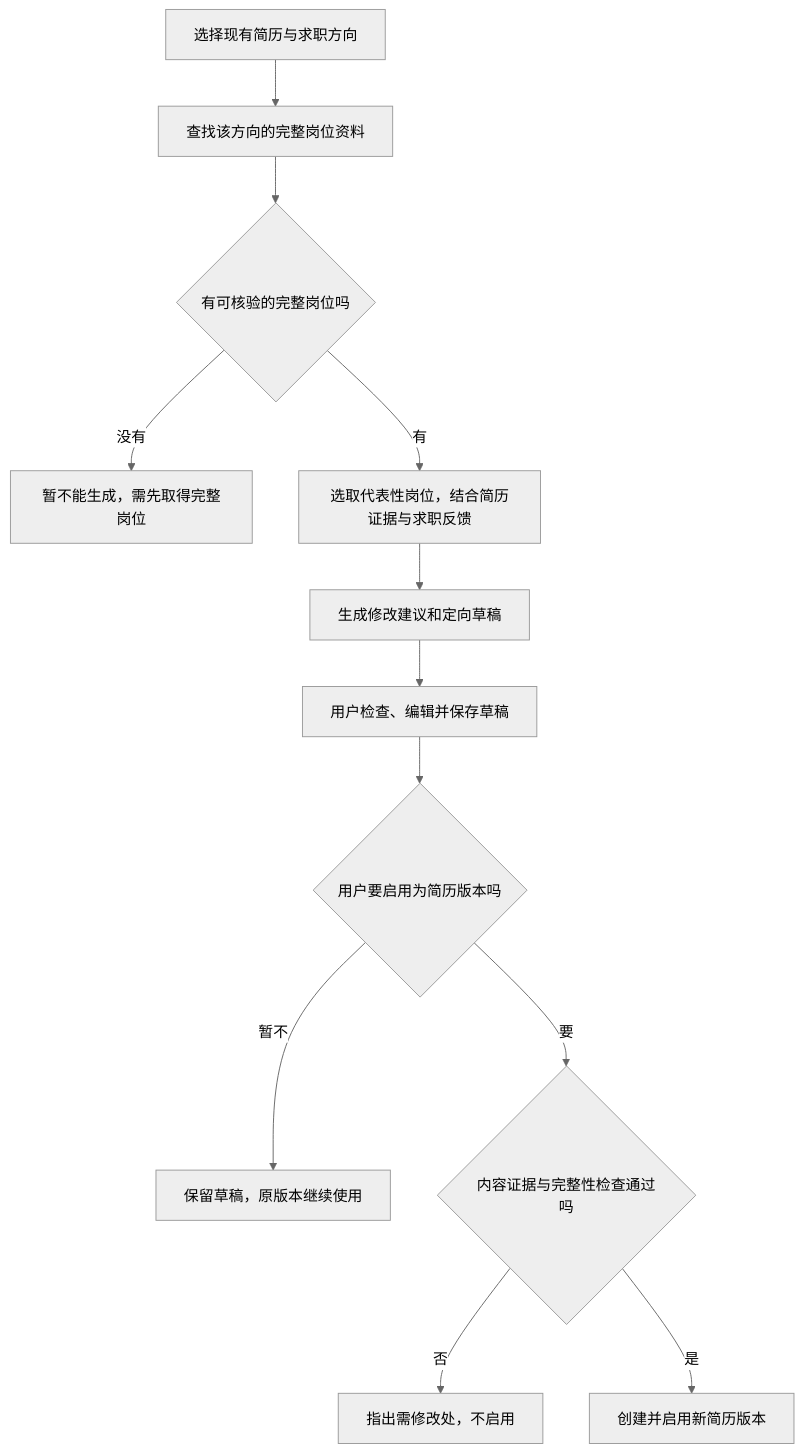
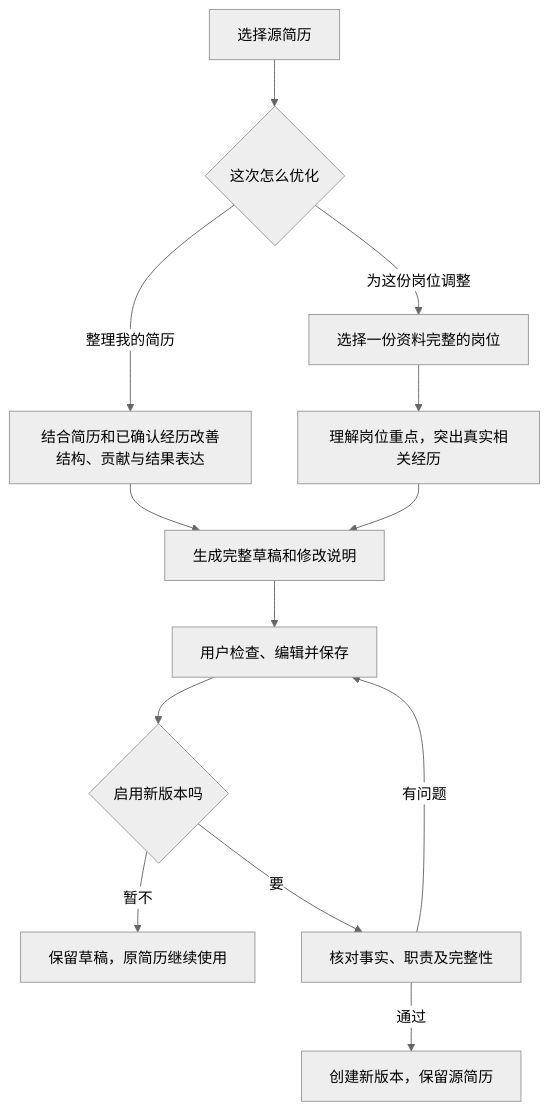
Before and after one commit to daydreamer0213/OfferGo: diagram 11 of 16 in docs/offergo-product-module-flows.md, drawn with Mermaid (neutral theme). The commit also changed other lines of this file and 24 other files, not shown here.

````diff
--- a/docs/offergo-product-module-flows.md
+++ b/docs/offergo-product-module-flows.md
@@ -275,14 +275,15 @@
 ```mermaid
 flowchart TD
-  A[选择现有简历与求职方向] --> B[查找该方向的完整岗位资料]
-  B --> C{有可核验的完整岗位吗}
-  C -- 没有 --> D[暂不能生成，需先取得完整岗位]
-  C -- 有 --> E[选取代表性岗位，结合简历证据与求职反馈]
-  E --> F[生成修改建议和定向草稿]
-  F --> G[用户检查、编辑并保存草稿]
-  G --> H{用户要启用为简历版本吗}
-  H -- 暂不 --> I[保留草稿，原版本继续使用]
-  H -- 要 --> J{内容证据与完整性检查通过吗}
-  J -- 否 --> K[指出需修改处，不启用]
-  J -- 是 --> L[创建并启用新简历版本]
+  A[选择源简历] --> B{这次怎么优化}
+  B -- 整理我的简历 --> C[结合简历和已确认经历改善结构、贡献与结果表达]
+  B -- 为这份岗位调整 --> D[选择一份资料完整的岗位]
+  D --> E[理解岗位重点，突出真实相关经历]
+  C --> F[生成完整草稿和修改说明]
+  E --> F
+  F --> G[用户检查、编辑并保存]
+  G --> H{启用新版本吗}
+  H -- 暂不 --> I[保留草稿，原简历继续使用]
+  H -- 要 --> J[核对事实、职责及完整性]
+  J -- 有问题 --> G
+  J -- 通过 --> K[创建新版本，保留源简历]
 ```
````
